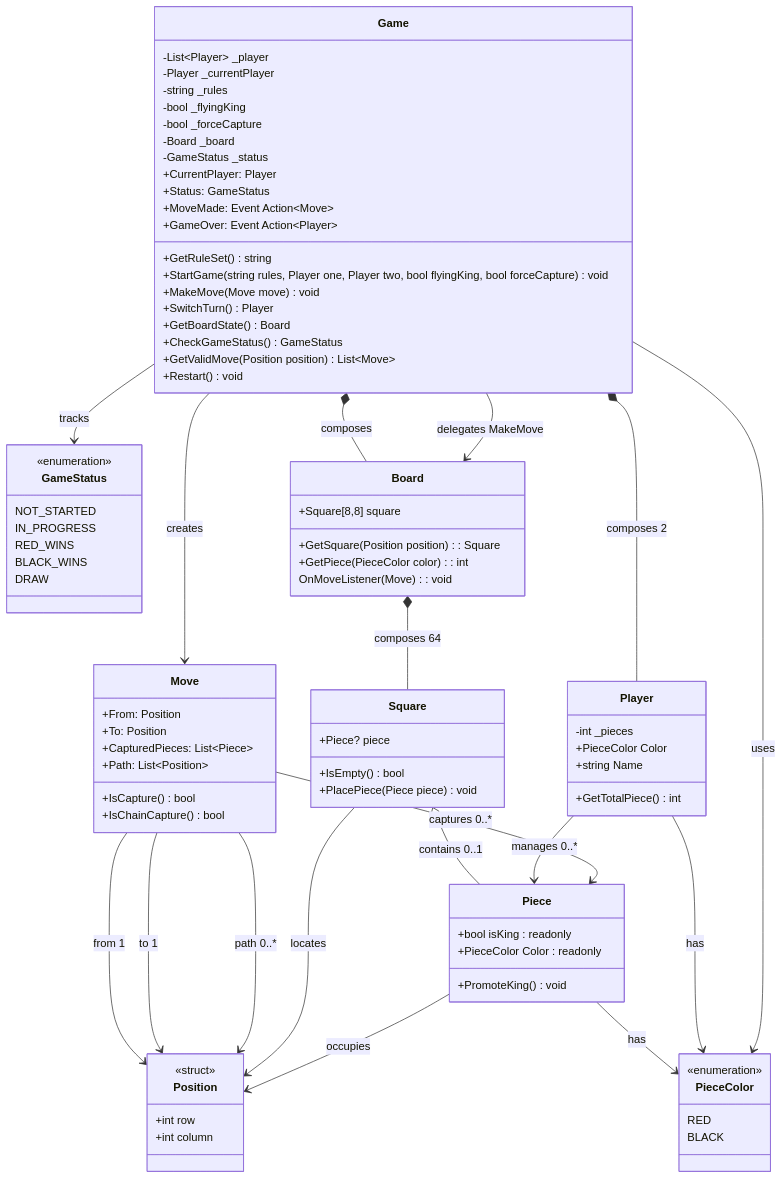
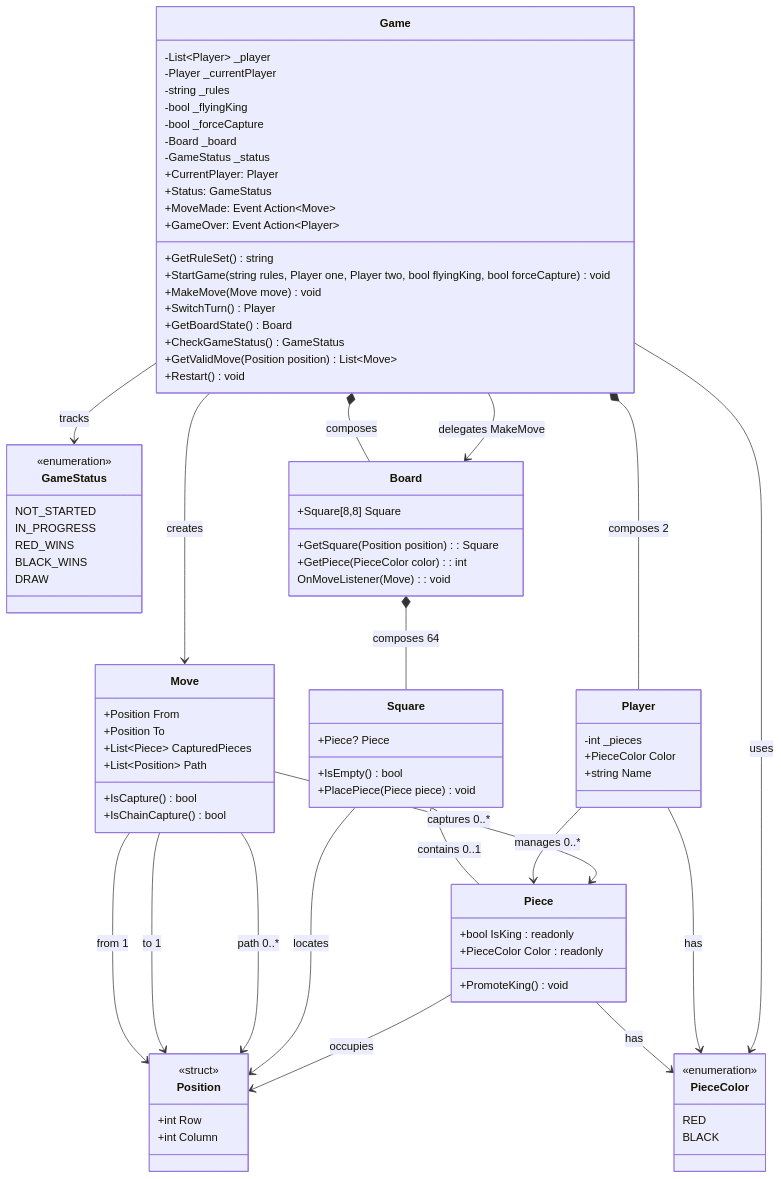
The diagram in CheckersBoardgameClassDiagram/mermaidrevision.md (Dvizio/Batch20), drawn with Mermaid before and after one commit.

```diff
--- a/CheckersBoardgameClassDiagram/mermaidrevision.md
+++ b/CheckersBoardgameClassDiagram/mermaidrevision.md
@@ -21,26 +21,26 @@
   %% Position Value Object
   class Position {
     <<struct>>
-    +int row
-    +int column
+    +int Row
+    +int Column
   }
 
   %% Single Piece class (no interface - only one piece type exists)
   class Piece {
-    +bool isKing : readonly
+    +bool IsKing : readonly
     +PieceColor Color : readonly
     +PromoteKing() void
   }
 
   %% Board and Square
   class Square {
-    +Piece? piece
+    +Piece? Piece
     +IsEmpty() bool
     +PlacePiece(Piece piece) void
   }
 
   class Board {
-    +Square[8,8] square
+    +Square[8,8] Square
     +GetSquare(Position position) : Square
     +GetPiece(PieceColor color) : int
     OnMoveListener(Move) : void
@@ -48,10 +48,10 @@
 
   %% Move as pure data/intent - no Execute()
   class Move {
-    +From: Position
-    +To: Position
-    +CapturedPieces: List~Piece~
-    +Path: List~Position~
+    +Position From
+    +Position To
+    +List~Piece~ CapturedPieces
+    +List~Position~ Path
     +IsCapture() bool
     +IsChainCapture() bool
   }
@@ -61,7 +61,6 @@
     -int _pieces
     +PieceColor Color
     +string Name
-    +GetTotalPiece() int
   }
 
   %% Game
```
